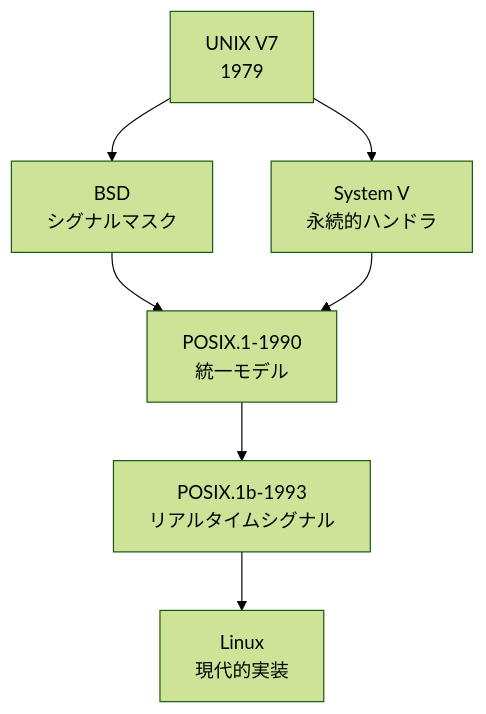
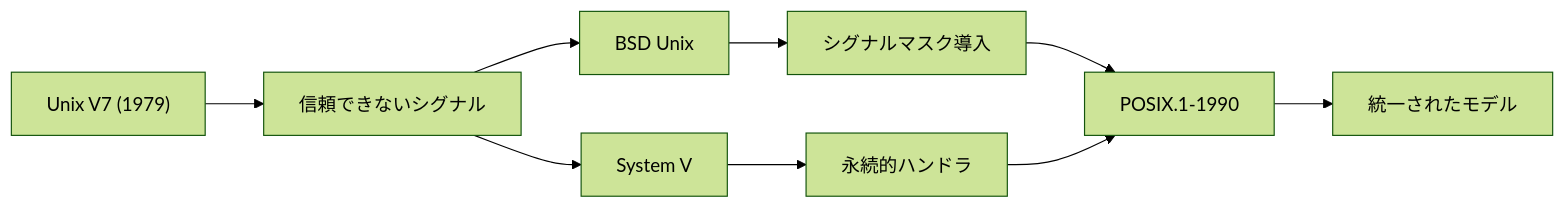
The second of 11 diagrams in articles/linux/signal.md (gtnao/viblog), drawn with Mermaid (forest theme) before and after one commit. The commit also changed other lines of this file and 69 other files, not shown here.

````diff
--- a/articles/linux/signal.md
+++ b/articles/linux/signal.md
@@ -13,9 +35,11 @@
 ```mermaid
-graph TD
-    A[UNIX V7<br/>1979] --> B[BSD<br/>シグナルマスク]
-    A --> C[System V<br/>永続的ハンドラ]
-    B --> D[POSIX.1-1990<br/>統一モデル]
-    C --> D
-    D --> E[POSIX.1b-1993<br/>リアルタイムシグナル]
-    E --> F[Linux<br/>現代的実装]
+graph LR
+    A["Unix V7 (1979)"] --> B["信頼できないシグナル"]
+    B --> C["BSD Unix"]
+    B --> D["System V"]
+    C --> E["シグナルマスク導入"]
+    D --> F["永続的ハンドラ"]
+    E --> G["POSIX.1-1990"]
+    F --> G
+    G --> H["統一されたモデル"]
 ```
````
